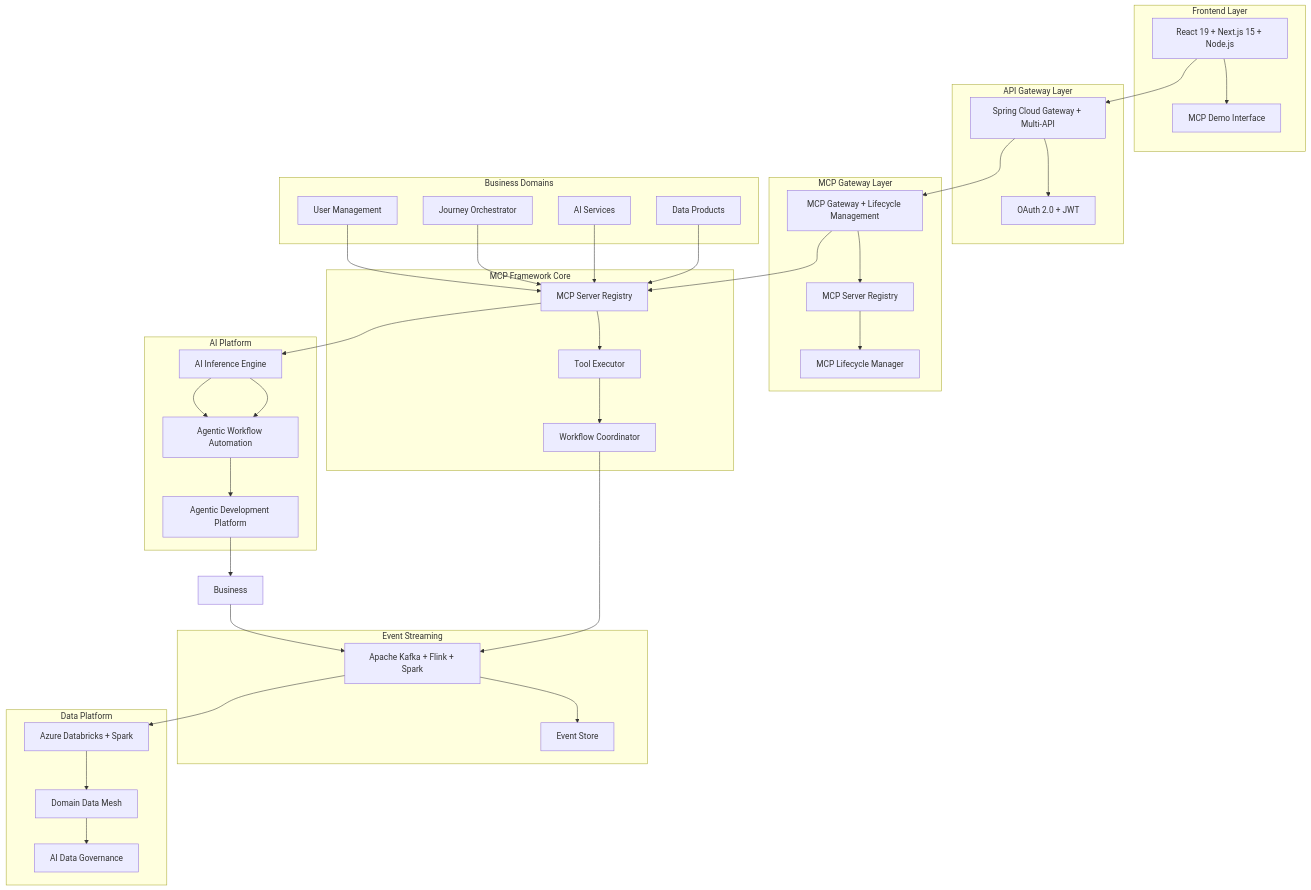
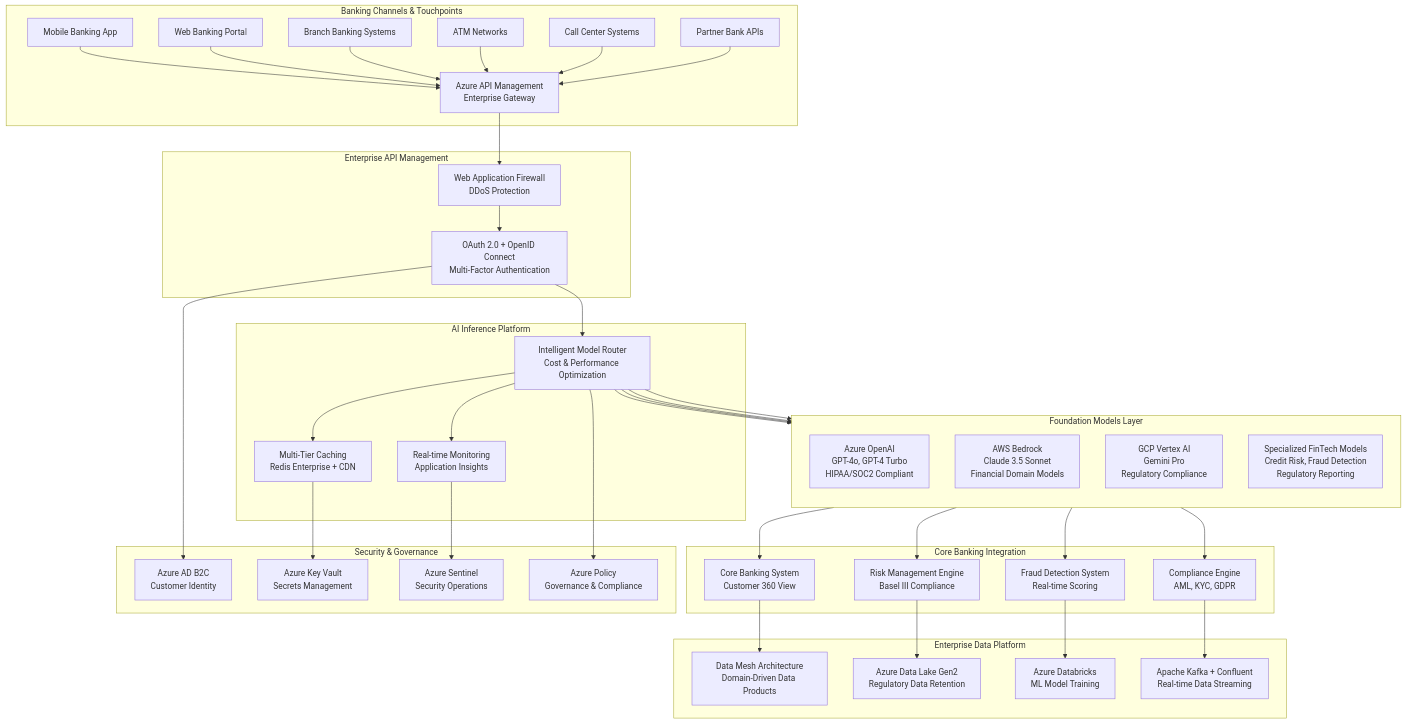
The first of 6 diagrams in README.md (calvinlee999/AI-Platform-for-FinTech-Evolution), drawn with Mermaid before and after one commit. The commit also changed other lines of this file, not shown here.

First line of the commit message:
🚀 Deploy Level 0 Architecture - Strategic AI Platform for FinTech Evolution

````diff
--- a/README.md
+++ b/README.md
@@ -88,80 +88,86 @@
 ```mermaid
 graph TB
-    subgraph "Frontend Layer"
-        UI[React 19 + Next.js 15 + Node.js]
-        Demo[MCP Demo Interface]
-        UI --> Demo
+    subgraph "Banking Channels & Touchpoints"
+        MobileBanking[Mobile Banking App]
+        WebPortal[Web Banking Portal]
+        BranchSystems[Branch Banking Systems]
+        ATM[ATM Networks]
+        CallCenter[Call Center Systems]
+        PartnerAPIs[Partner Bank APIs]
+        
+        MobileBanking --> APIM
+        WebPortal --> APIM
+        BranchSystems --> APIM
+        ATM --> APIM
+        CallCenter --> APIM
+        PartnerAPIs --> APIM
     end
     
-    subgraph "API Gateway Layer"
-        APIGateway[Spring Cloud Gateway + Multi-API]
-        Auth[OAuth 2.0 + JWT]
+    subgraph "Enterprise API Management"
+        APIM[Azure API Management<br/>Enterprise Gateway]
+        WAF[Web Application Firewall<br/>DDoS Protection]
+        OAuth[OAuth 2.0 + OpenID Connect<br/>Multi-Factor Authentication]
         
-        APIGateway --> Auth
+        APIM --> WAF
+        WAF --> OAuth
     end
     
-    subgraph "MCP Gateway Layer"
-        MCPGateway[MCP Gateway + Lifecycle Management]
-        MCPRegistry[MCP Server Registry]
-        MCPLifecycle[MCP Lifecycle Manager]
+    subgraph "AI Inference Platform"
+        Router[Intelligent Model Router<br/>Cost & Performance Optimization]
+        Cache[Multi-Tier Caching<br/>Redis Enterprise + CDN]
+        Monitor[Real-time Monitoring<br/>Application Insights]
         
-        MCPGateway --> MCPRegistry
-        MCPRegistry --> MCPLifecycle
+        OAuth --> Router
+        Router --> Cache
+        Router --> Monitor
     end
     
-    subgraph "MCP Framework Core"
-        Registry[MCP Server Registry]
-        Executor[Tool Executor]
-        Coordinator[Workflow Coordinator]
+    subgraph "Foundation Models Layer"
+        direction TB
+        AzureOpenAI[Azure OpenAI<br/>GPT-4o, GPT-4 Turbo<br/>HIPAA/SOC2 Compliant]
+        AWSBedrock[AWS Bedrock<br/>Claude 3.5 Sonnet<br/>Financial Domain Models]
+        GCPVertex[GCP Vertex AI<br/>Gemini Pro<br/>Regulatory Compliance]
+        SpecializedModels[Specialized FinTech Models<br/>Credit Risk, Fraud Detection<br/>Regulatory Reporting]
         
-        Registry --> Executor
-        Executor --> Coordinator
+        Router --> AzureOpenAI
+        Router --> AWSBedrock
+        Router --> GCPVertex
+        Router --> SpecializedModels
     end
     
-    subgraph "AI Platform"
-        AIInference[AI Inference Engine]
-        AgenticWorkflow[Agentic Workflow Automation]
-        AgenticDev[Agentic Development Platform]
+    subgraph "Core Banking Integration"
+        CoreBanking[Core Banking System<br/>Customer 360 View]
+        RiskEngine[Risk Management Engine<br/>Basel III Compliance]
+        FraudSystem[Fraud Detection System<br/>Real-time Scoring]
+        ComplianceEngine[Compliance Engine<br/>AML, KYC, GDPR]
         
-        AIInference --> AgenticWorkflow
-        AgenticWorkflow --> AgenticDev
+        AzureOpenAI --> CoreBanking
+        AWSBedrock --> RiskEngine
+        GCPVertex --> FraudSystem
+        SpecializedModels --> ComplianceEngine
     end
     
-    subgraph "Business Domains"
-        User[User Management]
-        Journey[Journey Orchestrator]
-        AIServices[AI Services]
-        Data[Data Products]
+    subgraph "Enterprise Data Platform"
+        DataMesh[Data Mesh Architecture<br/>Domain-Driven Data Products]
+        DataLake[Azure Data Lake Gen2<br/>Regulatory Data Retention]
+        Databricks[Azure Databricks<br/>ML Model Training]
+        EventStreaming[Apache Kafka + Confluent<br/>Real-time Data Streaming]
         
-        User --> Registry
-        Journey --> Registry
-        AIServices --> Registry
-        Data --> Registry
+        CoreBanking --> DataMesh
+        RiskEngine --> DataLake
+        FraudSystem --> Databricks
+        ComplianceEngine --> EventStreaming
     end
     
-    subgraph "Event Streaming"
-        Kafka[Apache Kafka + Flink + Spark]
-        Events[Event Store]
+    subgraph "Security & Governance"
+        IdentityProvider[Azure AD B2C<br/>Customer Identity]
+        KeyVault[Azure Key Vault<br/>Secrets Management]
+        Sentinel[Azure Sentinel<br/>Security Operations]
+        PolicyEngine[Azure Policy<br/>Governance & Compliance]
         
-        Kafka --> Events
+        OAuth --> IdentityProvider
+        Cache --> KeyVault
+        Monitor --> Sentinel
+        Router --> PolicyEngine
     end
-    
-    subgraph "Data Platform"
-        Databricks[Azure Databricks + Spark]
-        DataMesh[Domain Data Mesh]
-        Governance[AI Data Governance]
-        
-        Databricks --> DataMesh
-        DataMesh --> Governance
-    end
-    
-    UI --> APIGateway
-    APIGateway --> MCPGateway
-    MCPGateway --> Registry
-    Registry --> AIInference
-    AIInference --> AgenticWorkflow
-    AgenticDev --> Business
-    Coordinator --> Kafka
-    Business --> Kafka
-    Kafka --> Databricks
 ```
````
